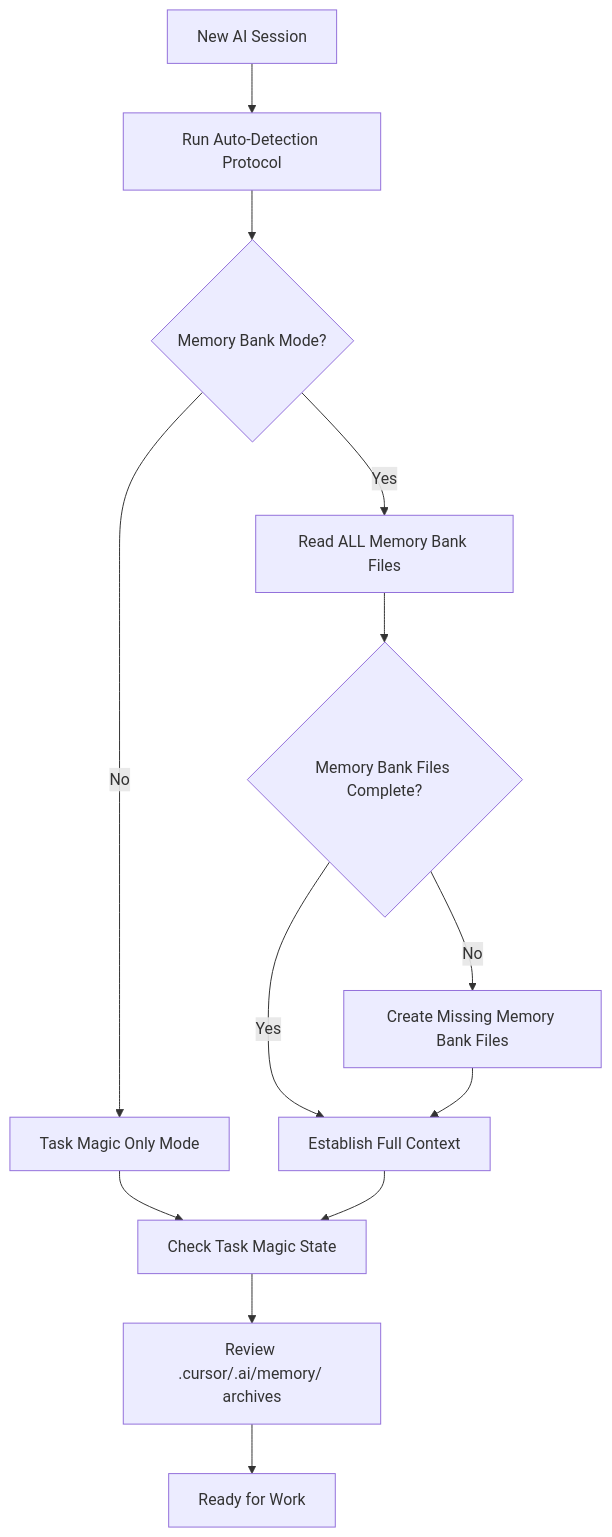
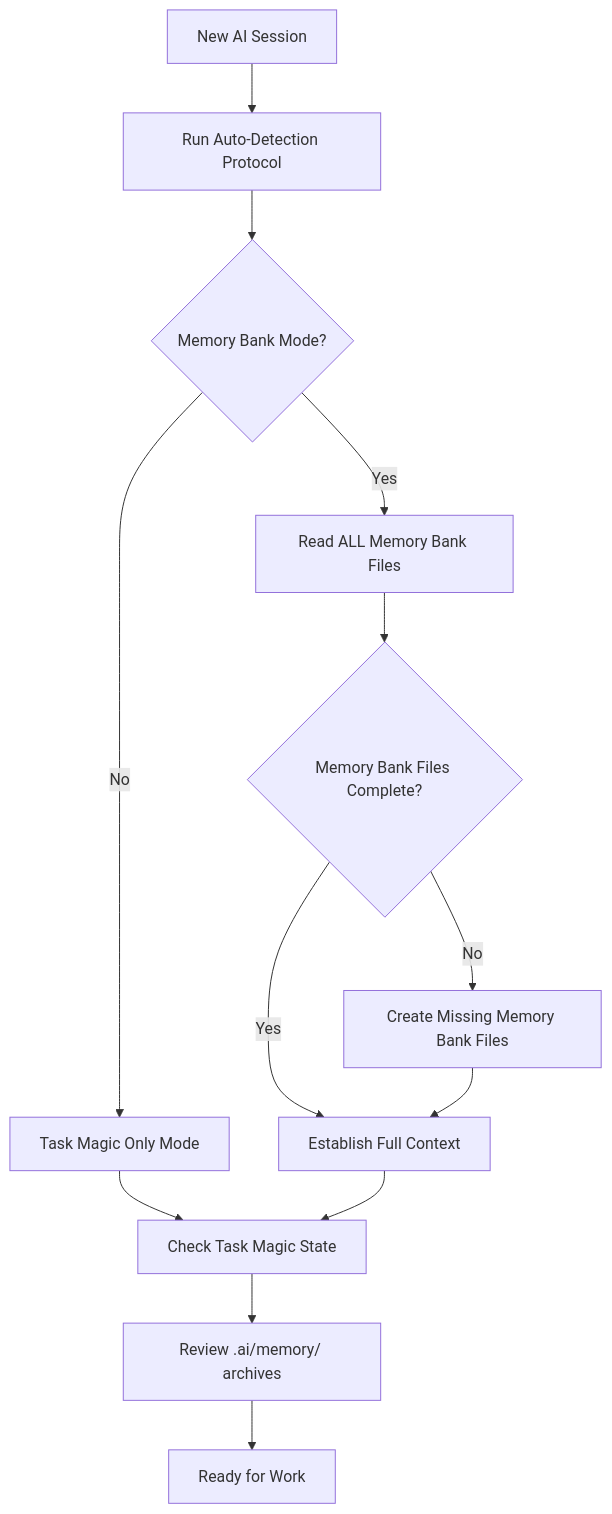
One commit to louisfghbvc/coverity-agent changed the fourth of 12 diagrams in .cursor/rules/memory-bank.mdc. Above: the diagram before and after it, drawn with Mermaid. The commit also changed other lines of this file and 5 other files, not shown here.

````diff
--- a/.cursor/rules/memory-bank.mdc
+++ b/.cursor/rules/memory-bank.mdc
@@ -249,19 +249,19 @@
 ```mermaid
 flowchart TD
     Start[New AI Session] --> AutoDetect[Run Auto-Detection Protocol]
     AutoDetect --> ModeDecision{Memory Bank Mode?}
     
     ModeDecision -->|Yes| ReadMemoryBank[Read ALL Memory Bank Files]
     ModeDecision -->|No| TaskMagicOnly[Task Magic Only Mode]
     
     ReadMemoryBank --> CheckComplete{Memory Bank Files Complete?}
     CheckComplete -->|No| CreateMissing[Create Missing Memory Bank Files]
     CheckComplete -->|Yes| EstablishContext[Establish Full Context]
     CreateMissing --> EstablishContext
     
     TaskMagicOnly --> CheckTaskMagic[Check Task Magic State]
     EstablishContext --> CheckTaskMagic
     
-    CheckTaskMagic --> CheckHistory[Review .cursor/.ai/memory/ archives]
+    CheckTaskMagic --> CheckHistory[Review .ai/memory/ archives]
     CheckHistory --> Ready[Ready for Work]
 ```
````
